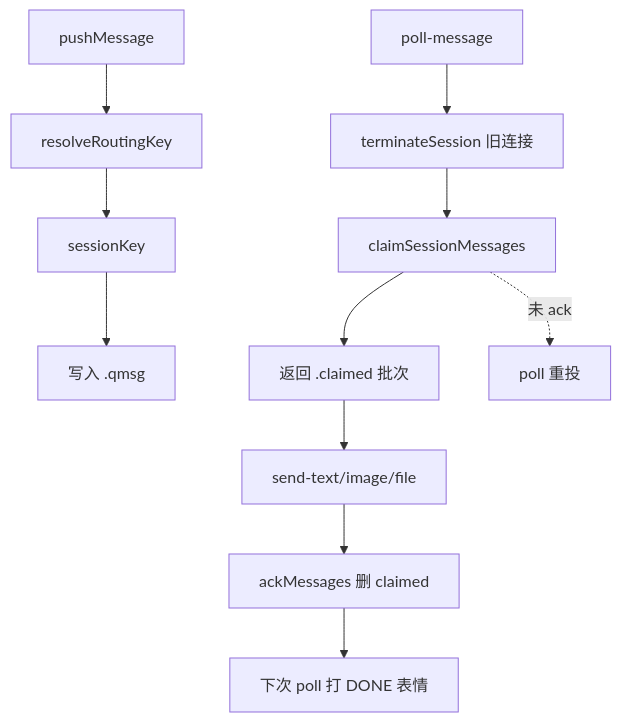
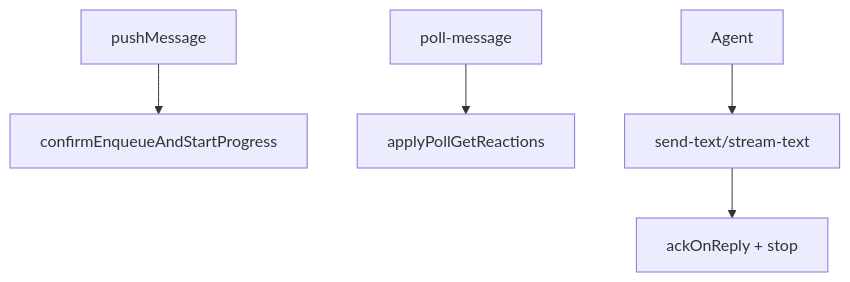
One commit to lk-eternal/cursor-claw changed the diagram in knowledge/业务域/消息桥接/04-消息队列与路由.md. Above: the diagram before and after it, drawn with Mermaid. The commit also changed other lines of this file and 19 other files, not shown here.

````diff
--- a/knowledge/业务域/消息桥接/04-消息队列与路由.md
+++ b/knowledge/业务域/消息桥接/04-消息队列与路由.md
@@ -27,13 +26,7 @@
 ```mermaid
 flowchart TD
-  PM[pushMessage] --> RK[resolveRoutingKey]
-  RK --> SK[sessionKey]
-  SK --> PQ[写入 .qmsg]
-  POLL[poll-message] --> TS[terminateSession 旧连接]
-  TS --> CL[claimSessionMessages]
-  CL --> AG[返回 .claimed 批次]
-  AG --> SEND[send-text/image/file]
-  SEND --> ACK[ackMessages 删 claimed]
-  CL -.未 ack.-> RE[poll 重投]
-  ACK --> DONE[下次 poll 打 DONE 表情]
+  PM[pushMessage] --> CE[confirmEnqueueAndStartProgress]
+  POLL[poll-message] --> GET[applyPollGetReactions]
+  AG[Agent] --> ST[send-text/stream-text]
+  ST --> ACK[ackOnReply + stop]
 ```
````
